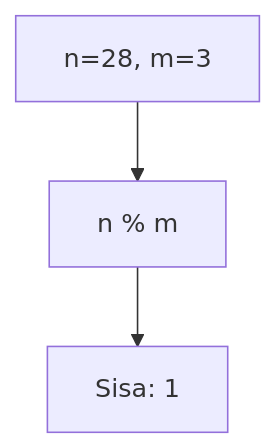
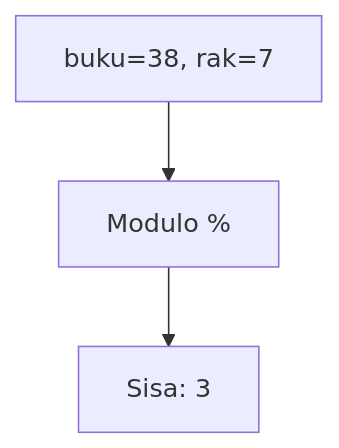
Diagram 13 of 25 in part-c-pemahaman-cpp/01-tipe-data/latihan/set-08.md (amnahwaida/OSNK_INF_PREP), drawn with Mermaid before and after one commit. The commit also changed other lines of this file and 71 other files, not shown here.

````diff
--- a/part-c-pemahaman-cpp/01-tipe-data/latihan/set-08.md
+++ b/part-c-pemahaman-cpp/01-tipe-data/latihan/set-08.md
@@ -322,5 +366,5 @@
 ```mermaid
 graph TD
-A["n=28, m=3"] --> B["n % m"]
-B --> C["Sisa: 1"]
+A["buku=38, rak=7"] --> B["Modulo %"]
+B --> C["Sisa: 3"]
 ```
````
